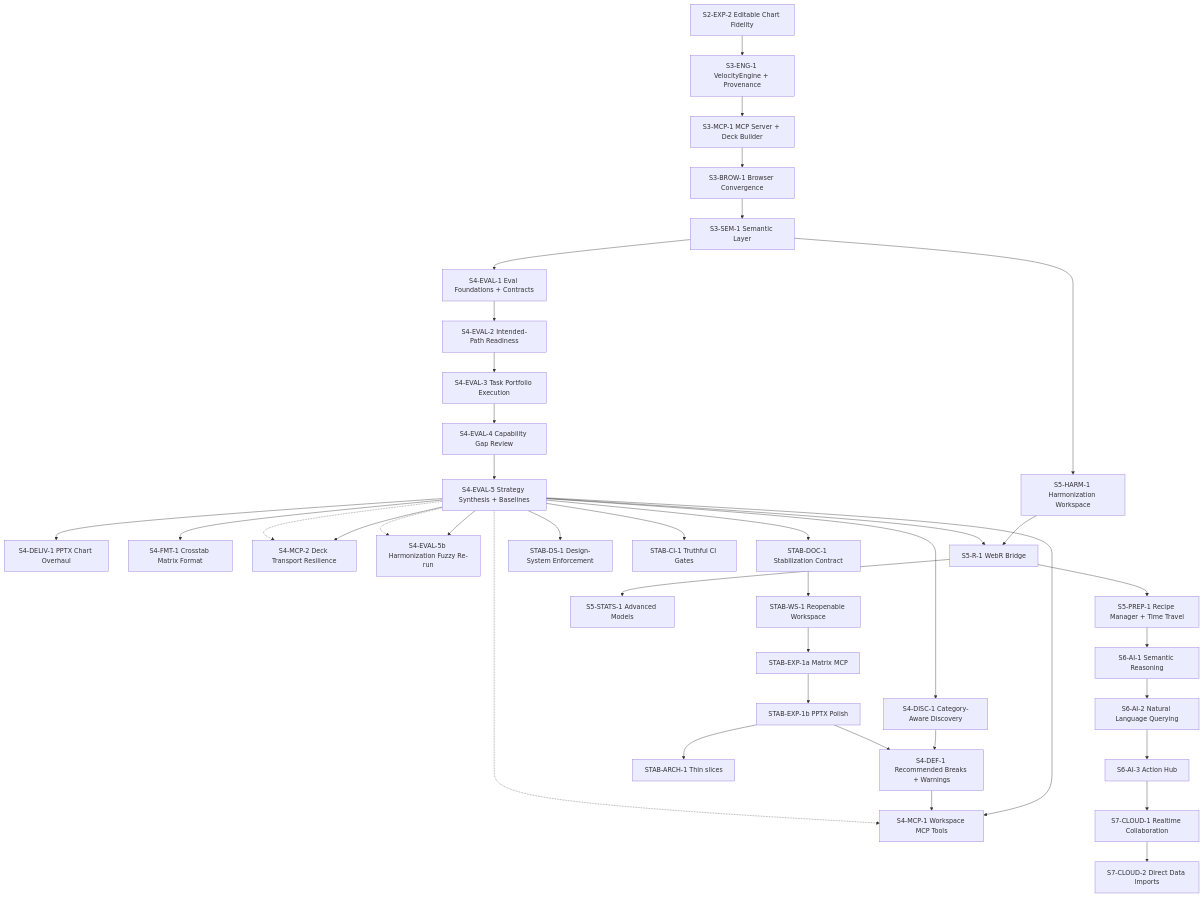
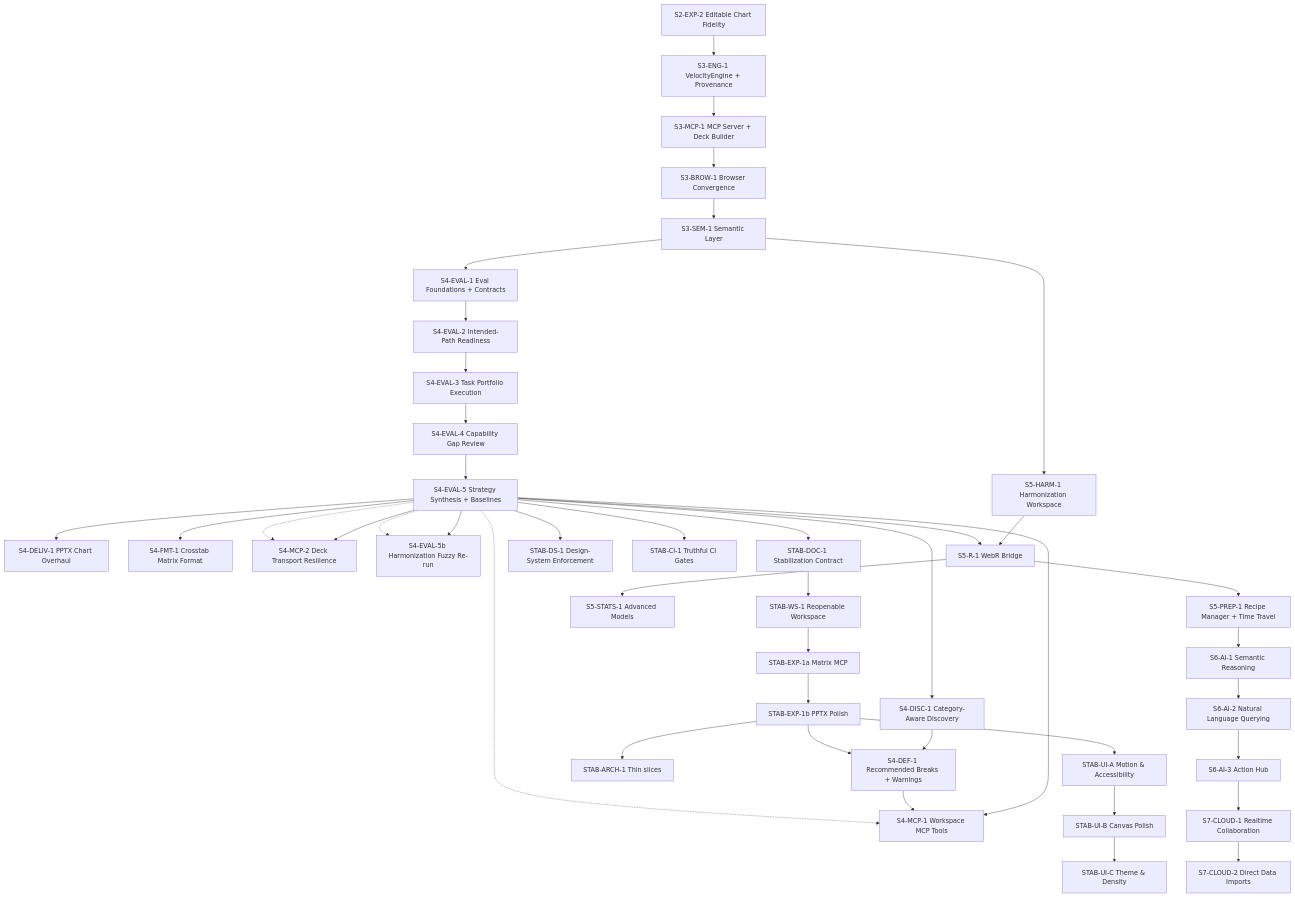
One commit to cbrown564-alt/Velocity changed the diagram in docs/tracker_00_implementation_status.md. Above: the diagram before and after it, drawn with Mermaid. The commit also changed other lines of this file and 13 other files, not shown here.

````diff
--- a/docs/tracker_00_implementation_status.md
+++ b/docs/tracker_00_implementation_status.md
@@ -36,48 +36,52 @@
 ```mermaid
 graph TD
   S2EXP2["S2-EXP-2 Editable Chart Fidelity"] --> S3ENG1["S3-ENG-1 VelocityEngine + Provenance"]
   S3ENG1 --> S3MCP1["S3-MCP-1 MCP Server + Deck Builder"]
   S3MCP1 --> S3BROW1["S3-BROW-1 Browser Convergence"]
   S3BROW1 --> S3SEM1["S3-SEM-1 Semantic Layer"]
 
   S3SEM1 --> S4EVAL1["S4-EVAL-1 Eval Foundations + Contracts"]
   S4EVAL1 --> S4EVAL2["S4-EVAL-2 Intended-Path Readiness"]
   S4EVAL2 --> S4EVAL3["S4-EVAL-3 Task Portfolio Execution"]
   S4EVAL3 --> S4EVAL4["S4-EVAL-4 Capability Gap Review"]
   S4EVAL4 --> S4EVAL5["S4-EVAL-5 Strategy Synthesis + Baselines"]
 
   S4EVAL5 --> S4DISC1["S4-DISC-1 Category-Aware Discovery"]
   S4EVAL5 --> S4DELIV1["S4-DELIV-1 PPTX Chart Overhaul"]
   S4EVAL5 --> S4FMT1["S4-FMT-1 Crosstab Matrix Format"]
   S4EVAL5 --> S4MCP1["S4-MCP-1 Workspace MCP Tools"]
   S4EVAL5 --> S4MCP2["S4-MCP-2 Deck Transport Resilience"]
   S4EVAL5 --> S4EVAL5b["S4-EVAL-5b Harmonization Fuzzy Re-run"]
   S4DISC1 --> S4DEF1["S4-DEF-1 Recommended Breaks + Warnings"]
 
   S4EVAL5 --> STABDOC1["STAB-DOC-1 Stabilization Contract"]
   S4EVAL5 --> STABDS1["STAB-DS-1 Design-System Enforcement"]
   S4EVAL5 --> STABCI1["STAB-CI-1 Truthful CI Gates"]
   STABDOC1 --> STABWS1["STAB-WS-1 Reopenable Workspace"]
   STABWS1 --> STABEXPA["STAB-EXP-1a Matrix MCP"]
   STABEXPA --> STABEXPB["STAB-EXP-1b PPTX Polish"]
   STABEXPB --> S4DEF1
   S4DEF1 --> S4MCP1
   STABEXPB --> STABARCH1["STAB-ARCH-1 Thin slices"]
 
   S4EVAL5 -.-> S4MCP1
   S4EVAL5 -.-> S4MCP2
   S4EVAL5 -.-> S4EVAL5b
 
+  STABEXPB --> STABUIA["STAB-UI-A Motion & Accessibility"]
+  STABUIA --> STABUIB["STAB-UI-B Canvas Polish"]
+  STABUIB --> STABUIC["STAB-UI-C Theme & Density"]
+
   S3SEM1 --> S5HARM1["S5-HARM-1 Harmonization Workspace"]
   S5HARM1 --> S5R1["S5-R-1 WebR Bridge"]
   S4EVAL5 --> S5R1
   S5R1 --> S5STATS1["S5-STATS-1 Advanced Models"]
   S5R1 --> S5PREP1["S5-PREP-1 Recipe Manager + Time Travel"]
 
   S5PREP1 --> S6AI1["S6-AI-1 Semantic Reasoning"]
   S6AI1 --> S6AI2["S6-AI-2 Natural Language Querying"]
   S6AI2 --> S6AI3["S6-AI-3 Action Hub"]
 
   S6AI3 --> S7CLOUD1["S7-CLOUD-1 Realtime Collaboration"]
   S7CLOUD1 --> S7CLOUD2["S7-CLOUD-2 Direct Data Imports"]
 ```
````
